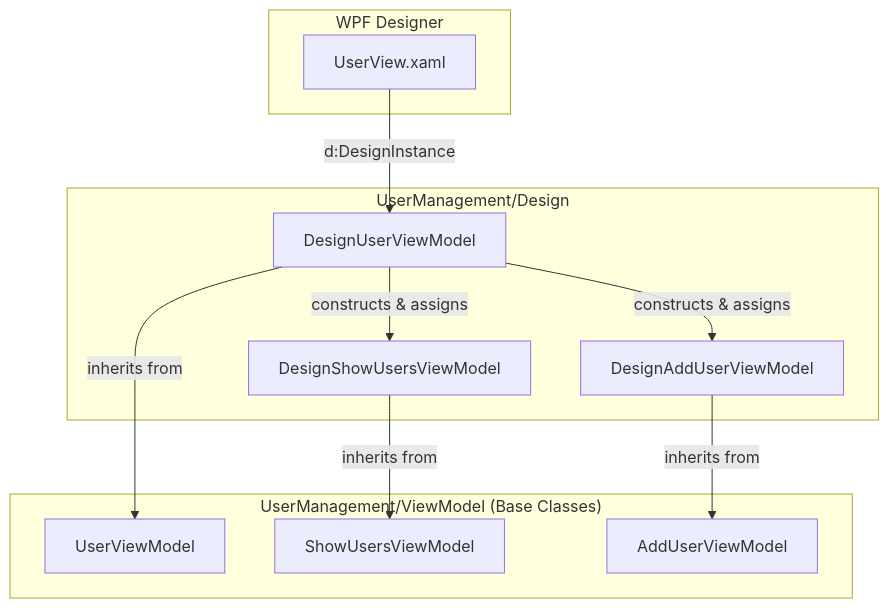
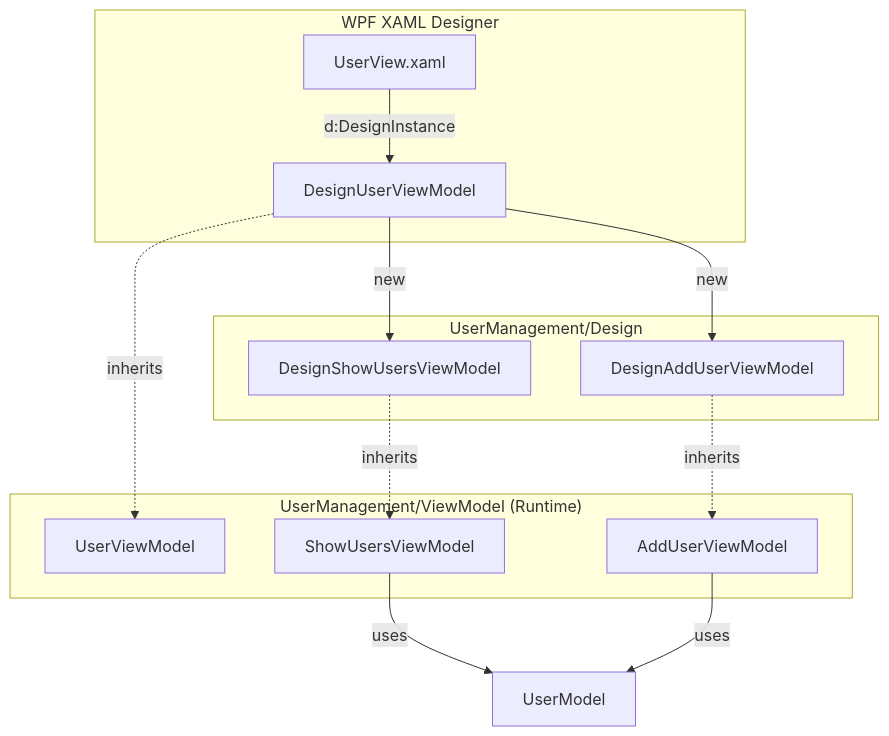
Before and after one commit to wetzlmaier-scch/mvvm: the diagram in doc/UserManagement/Design.md, drawn with Mermaid. The commit also changed other lines of this file and 111 other files, not shown here.

````diff
--- a/doc/UserManagement/Design.md
+++ b/doc/UserManagement/Design.md
@@ -21,25 +23,24 @@
 ```mermaid
 flowchart TD
-    subgraph "WPF Designer"
-        XAML[UserView.xaml]
+    subgraph "WPF XAML Designer"
+        XAML["UserView.xaml"] -->|d:DesignInstance| Root
     end
 
     subgraph "UserManagement/Design"
-        DVVM[DesignUserViewModel]
-        DSVVM[DesignShowUsersViewModel]
-        DAVVM[DesignAddUserViewModel]
+        Root["DesignUserViewModel"] -->|new| Show
+        Root -->|new| Add
     end
 
-    subgraph "UserManagement/ViewModel (Base Classes)"
-        VVM[UserViewModel]
-        SVVM[ShowUsersViewModel]
-        AVVM[AddUserViewModel]
+    subgraph "UserManagement/ViewModel (Runtime)"
+        RootBase["UserViewModel"] 
+        ShowBase["ShowUsersViewModel"]
+        AddBase["AddUserViewModel"]
     end
 
-    XAML -->|"d:DesignInstance"| DVVM
-    DVVM -->|"inherits from"| VVM
-    DVVM -->|"constructs & assigns"| DSVVM
-    DVVM -->|"constructs & assigns"| DAVVM
-    DSVVM -->|"inherits from"| SVVM
-    DAVVM -->|"inherits from"| AVVM
+    Root -.->|inherits| RootBase
+    Show["DesignShowUsersViewModel"] -.->|inherits| ShowBase
+    Add["DesignAddUserViewModel"] -.->|inherits| AddBase
+    
+    ShowBase -->|uses| Model["UserModel"]
+    AddBase -->|uses| Model
 ```
````
